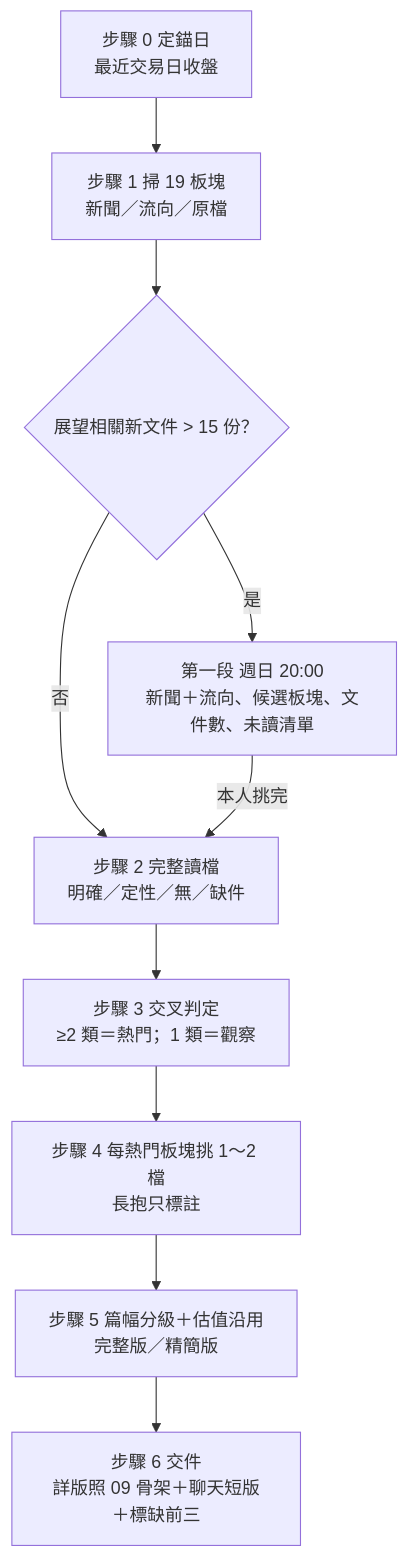
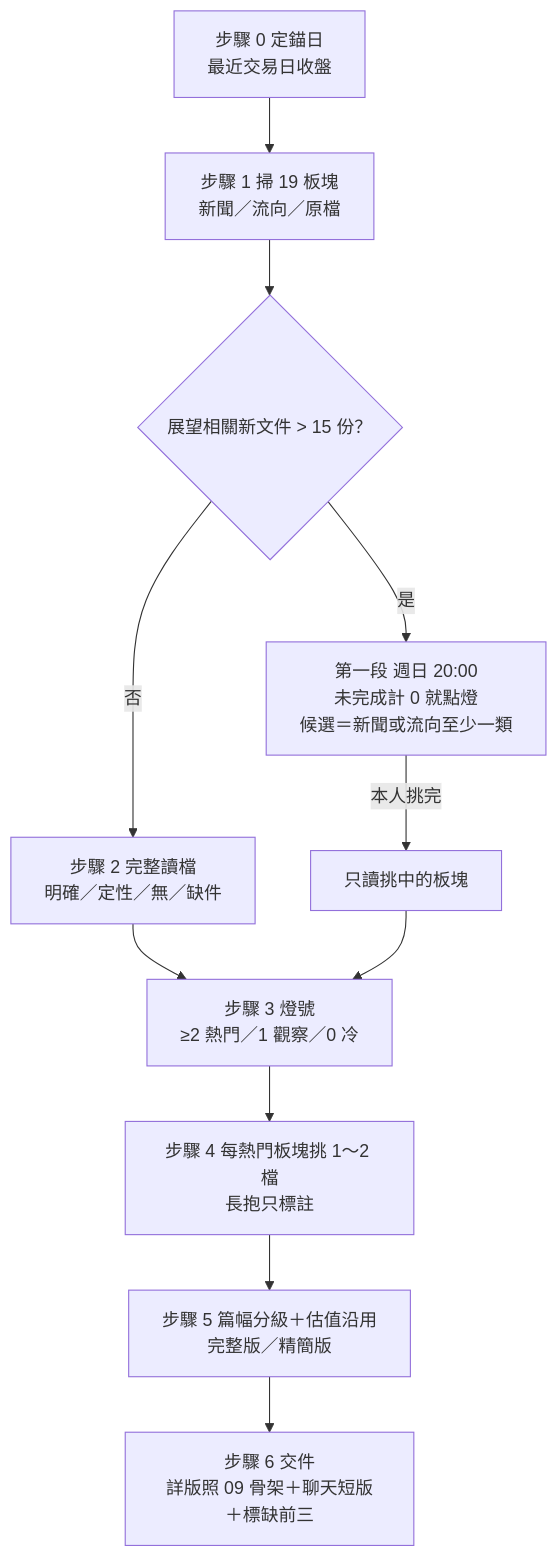
The diagram in weekly-opportunities/workflow.md (Fangtsailo/fun_stuff), drawn with Mermaid before and after one commit. The commit also changed other lines of this file and 14 other files, not shown here.

````diff
--- a/weekly-opportunities/workflow.md
+++ b/weekly-opportunities/workflow.md
@@ -6,12 +6,13 @@
 ```mermaid
 flowchart TD
     A["步驟 0 定錨日<br/>最近交易日收盤"] --> B["步驟 1 掃 19 板塊<br/>新聞／流向／原檔"]
     B --> C{"展望相關新文件 > 15 份？"}
     C -->|否| D["步驟 2 完整讀檔<br/>明確／定性／無／缺件"]
-    C -->|是| C2["第一段 週日 20:00<br/>新聞＋流向、候選板塊、文件數、未讀清單"]
-    C2 -->|本人挑完| D
-    D --> E["步驟 3 交叉判定<br/>≥2 類＝熱門；1 類＝觀察"]
+    C -->|是| C2["第一段 週日 20:00<br/>未完成計 0 就點燈<br/>候選＝新聞或流向至少一類"]
+    C2 -->|本人挑完| D2["只讀挑中的板塊"]
+    D --> E["步驟 3 燈號<br/>≥2 熱門／1 觀察／0 冷"]
+    D2 --> E
     E --> F["步驟 4 每熱門板塊挑 1～2 檔<br/>長抱只標註"]
     F --> G["步驟 5 篇幅分級＋估值沿用<br/>完整版／精簡版"]
     G --> H["步驟 6 交件<br/>詳版照 09 骨架＋聊天短版＋標缺前三"]
 ```
````
